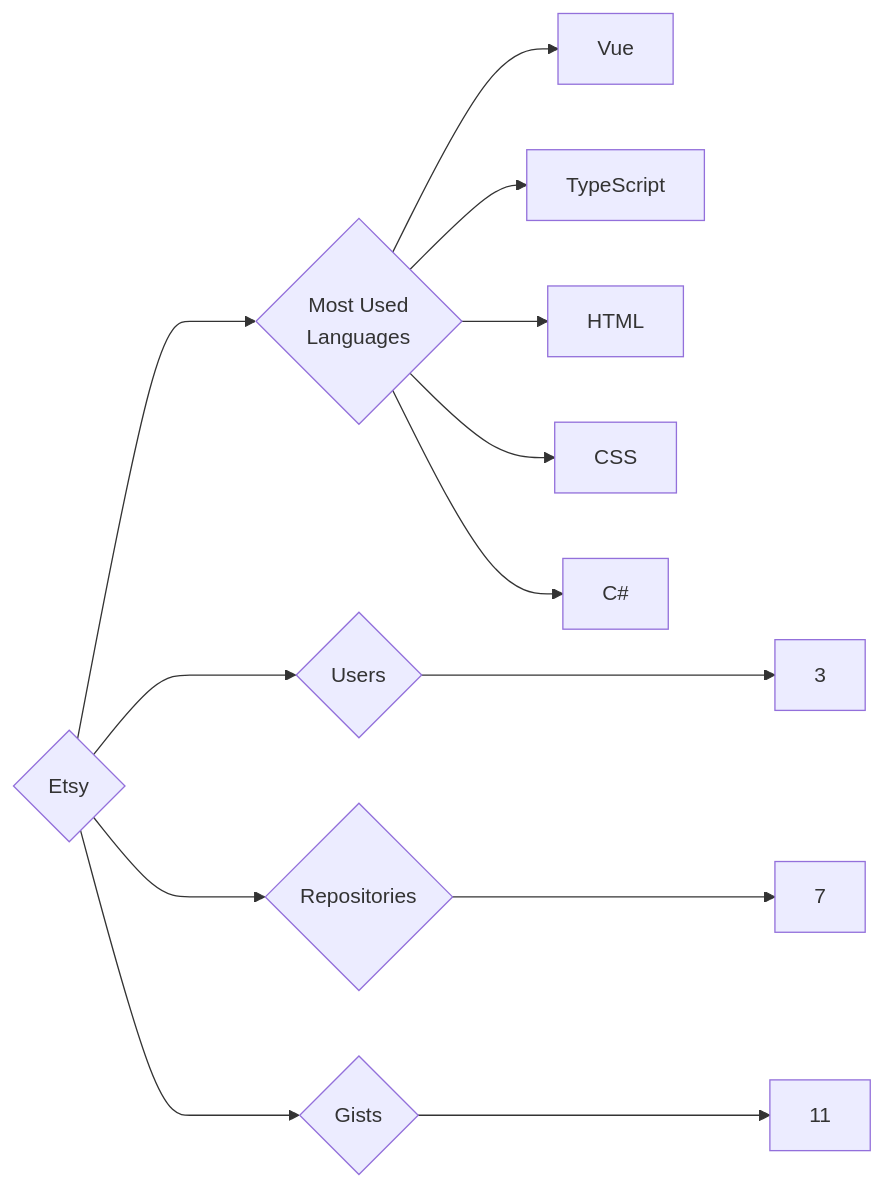
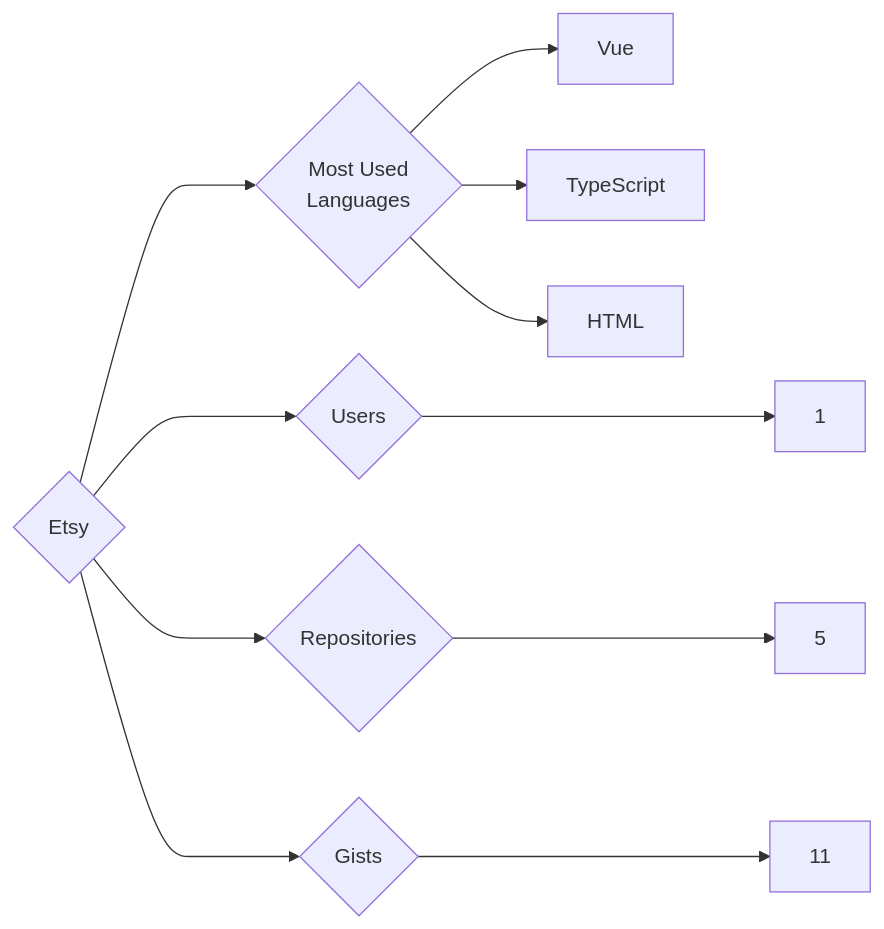
Before and after one commit to trickest/insiders: the diagram in targets/Etsy/README.md, drawn with Mermaid. The commit also changed 776 other files, not shown here.

````diff
--- a/targets/Etsy/README.md
+++ b/targets/Etsy/README.md
@@ -3,13 +3,11 @@
 ```mermaid
 graph LR
 COMPANY_NAME{Etsy}
-COMPANY_NAME ---> U{Users} ---> UN[3]
-COMPANY_NAME ---> R{Repositories} ---> RN[7]
+COMPANY_NAME ---> U{Users} ---> UN[1]
+COMPANY_NAME ---> R{Repositories} ---> RN[5]
 COMPANY_NAME ---> G{Gists} ---> GN[11]
 COMPANY_NAME ---> ML{Most Used<br>Languages}
 ML --> Vue[Vue]
 ML --> TypeScript[TypeScript]
 ML --> HTML[HTML]
-ML --> CSS[CSS]
-ML --> C#[C#]
 ```
````
